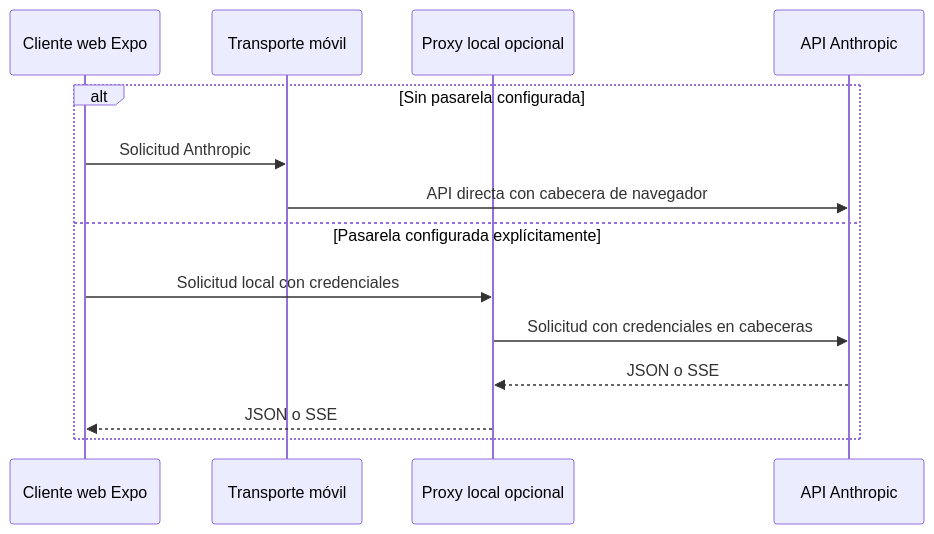
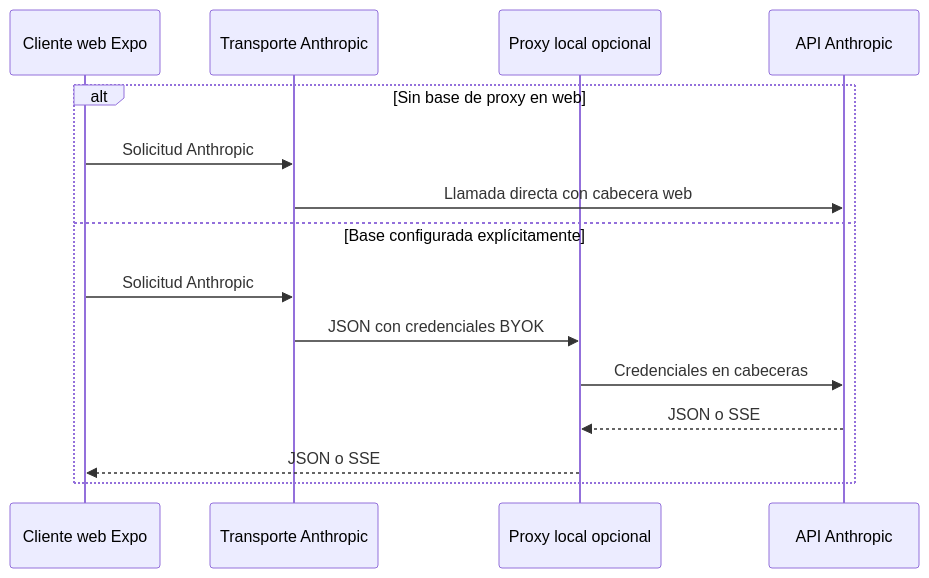
The first of 2 diagrams in openwiki/services/anthropic-proxy.md (maximofn/gymnasia), drawn with Mermaid before and after one commit. The commit also changed other lines of this file and 52 other files, not shown here.

````diff
--- a/openwiki/services/anthropic-proxy.md
+++ b/openwiki/services/anthropic-proxy.md
@@ -59,16 +57,17 @@
 ```mermaid
 sequenceDiagram
-    participant Browser as Cliente web Expo
-    participant App as Transporte móvil
-    participant Proxy as Proxy local opcional
+    participant Web as Cliente web Expo
+    participant Transport as Transporte Anthropic
+    participant LocalProxy as Proxy local opcional
     participant Anthropic as API Anthropic
-    alt Sin pasarela configurada
-        Browser->>App: Solicitud Anthropic
-        App->>Anthropic: API directa con cabecera de navegador
-    else Pasarela configurada explícitamente
-        Browser->>Proxy: Solicitud local con credenciales
-        Proxy->>Anthropic: Solicitud con credenciales en cabeceras
-        Anthropic-->>Proxy: JSON o SSE
-        Proxy-->>Browser: JSON o SSE
+    alt Sin base de proxy en web
+        Web->>Transport: Solicitud Anthropic
+        Transport->>Anthropic: Llamada directa con cabecera web
+    else Base configurada explícitamente
+        Web->>Transport: Solicitud Anthropic
+        Transport->>LocalProxy: JSON con credenciales BYOK
+        LocalProxy->>Anthropic: Credenciales en cabeceras
+        Anthropic-->>LocalProxy: JSON o SSE
+        LocalProxy-->>Web: JSON o SSE
     end
 ```
````
